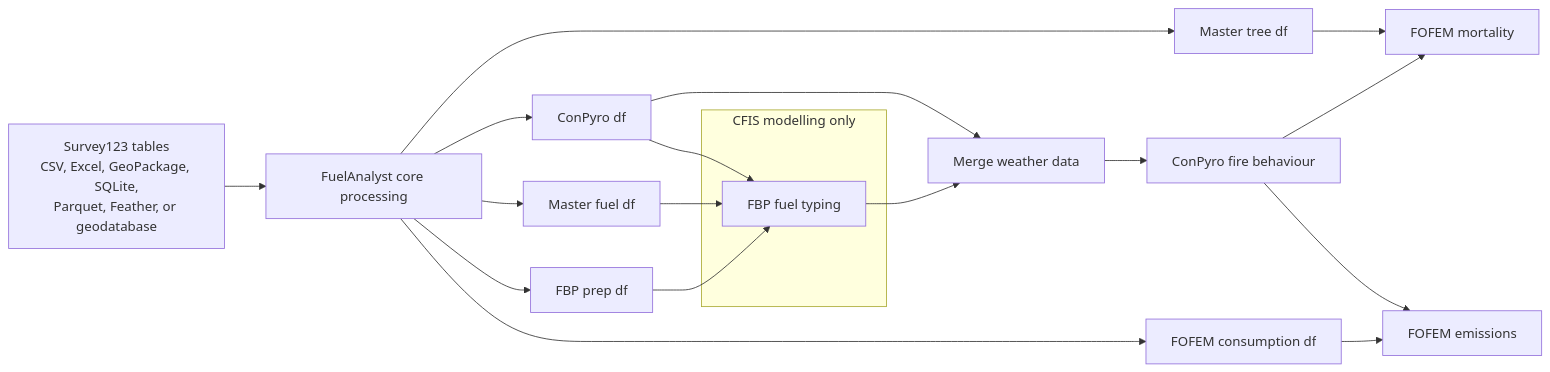
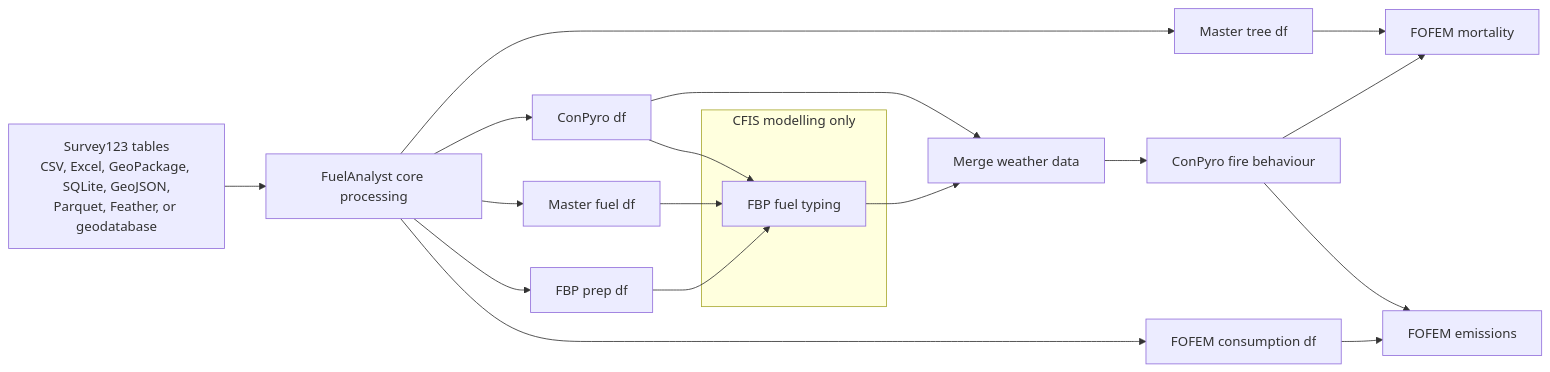
Before and after one commit to gagreene/FuelAnalyst: the diagram in README.md, drawn with Mermaid. The commit also changed other lines of this file and 7 other files, not shown here.

First line of the commit message:
Read GeoJSON tables (one .geojson file per table)

````diff
--- a/README.md
+++ b/README.md
@@ -70,22 +70,22 @@
 ```mermaid
 flowchart LR
-    A[Survey123 tables<br/>CSV, Excel, GeoPackage, SQLite,<br/>Parquet, Feather, or geodatabase] --> B[FuelAnalyst core processing]
+    A[Survey123 tables<br/>CSV, Excel, GeoPackage, SQLite, GeoJSON,<br/>Parquet, Feather, or geodatabase] --> B[FuelAnalyst core processing]
     B --> T[Master tree df]
     B --> D[ConPyro df]
     B --> C[Master fuel df]
     B --> P[FBP prep df]
     D --> F
     C --> F
     P --> F
     subgraph CFIS["CFIS modelling only"]
         F[FBP fuel typing]
     end
     D --> G[Merge weather data]
     F --> G
     G --> H[ConPyro fire behaviour]
     B --> E[FOFEM consumption df]
     T --> M[FOFEM mortality]
     H --> M
     H --> N
     E --> N[FOFEM emissions]
 ```
````
